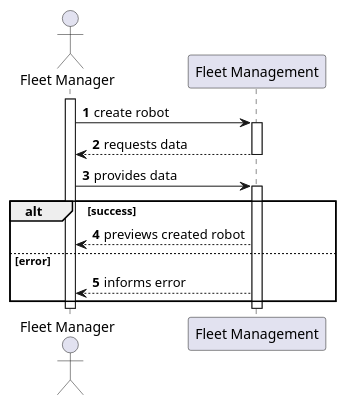
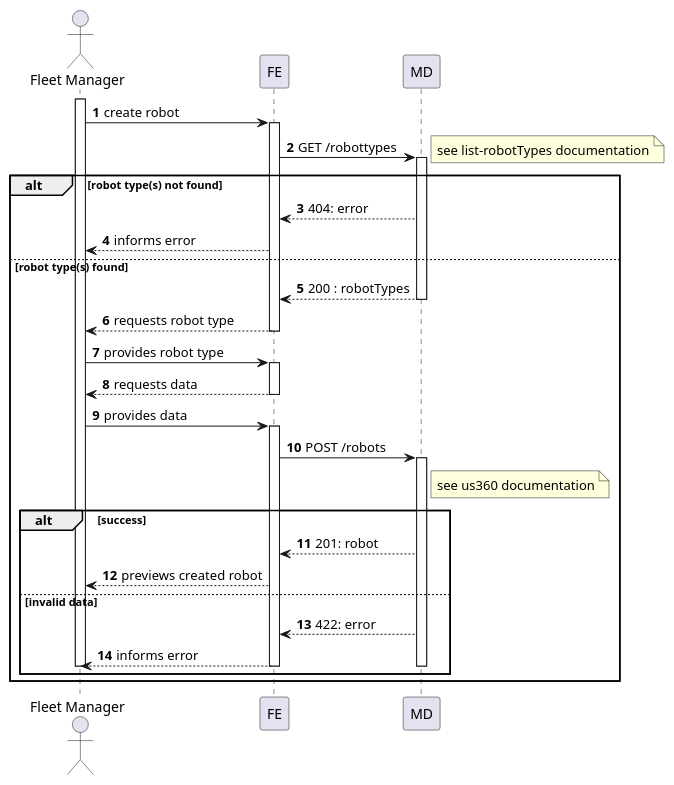
One commit to Departamento-de-Engenharia-Informatica/lapr5-23-24-g19 changed the diagram in docs/us1010/level2/process-view.puml. Above: the diagram before and after it, drawn with PlantUML. The commit also changed 5 other files, not shown here.

```diff
--- a/docs/us1010/level2/process-view.puml
+++ b/docs/us1010/level2/process-view.puml
@@ -1,24 +1,49 @@
 @startuml
 autonumber
 
 actor "Fleet Manager" as usr
 
-participant "Fleet Management" as mgm
+participant "FE" as ui
+
+participant "MD" as md
 
 activate usr
-    usr -> mgm : create robot
-    activate mgm
-        mgm --> usr : requests data
-    deactivate mgm
+    usr -> ui : create robot
+    activate ui
+        ui -> md : GET /robottypes
+        activate md
+        alt robot type(s) not found
+        note right : see list-robotTypes documentation
+            md --> ui : 404: error
+            ui --> usr : informs error
+        else robot type(s) found
+            md --> ui : 200 : robotTypes
+        deactivate md
+        ui --> usr : requests robot type
+    deactivate ui
 
-    usr -> mgm : provides data
-    activate mgm
-    alt success
-        mgm --> usr : previews created robot
-    else error
-        mgm --> usr : informs error
-    end
-    deactivate mgm
+    usr -> ui : provides robot type
+    activate ui
+        ui --> usr : requests data
+    deactivate ui
+
+    usr -> ui : provides data
+    activate ui
+        ui -> md : POST /robots
+
+        activate md
+        note right of md : see us360 documentation
+        alt success
+            md --> ui : 201: robot
+            ui --> usr : previews created robot
+        else invalid data
+            md --> ui : 422: error
+            ui --> usr : informs error
+        deactivate md
+
+    deactivate ui
 deactivate usr
+end
+end
 
 @enduml
```
